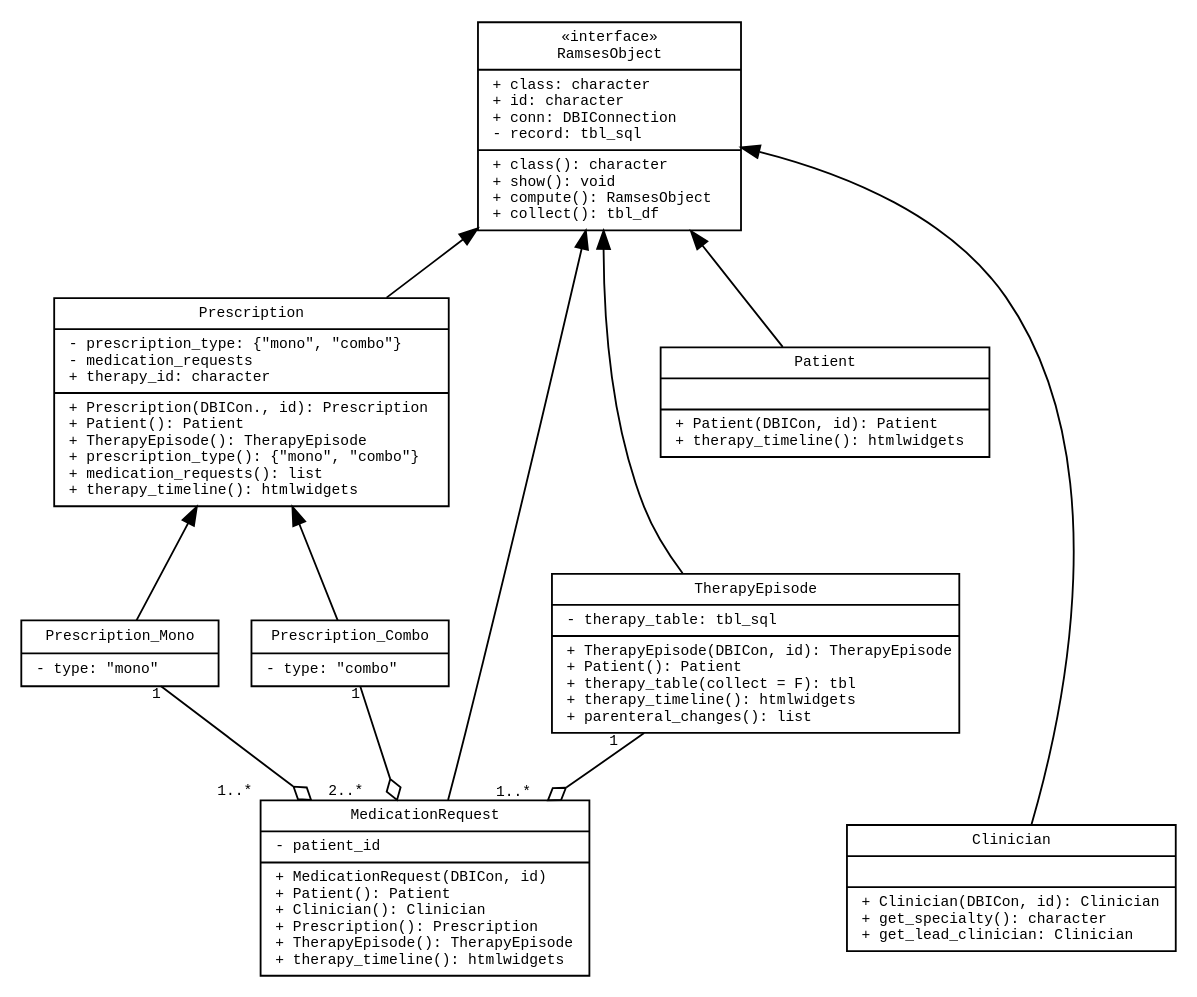
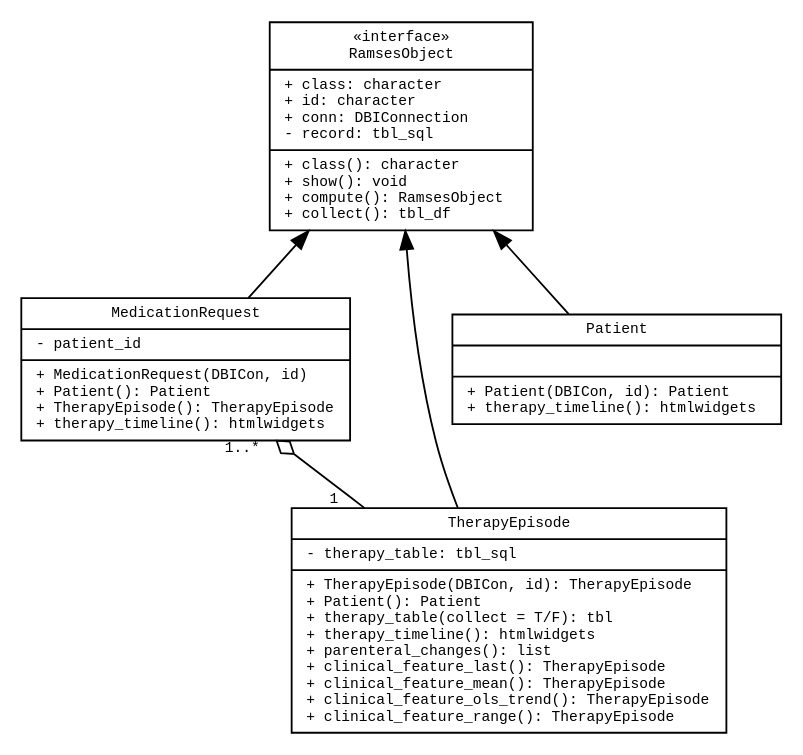
Before and after one commit to ramses-antibiotics/ramses-package: the diagram in vignettes/ramses-objects/ramses-med-class-diagram.gv, drawn with Graphviz. The commit also changed 6 other files, not shown here.

```diff
--- a/vignettes/ramses-objects/ramses-med-class-diagram.gv
+++ b/vignettes/ramses-objects/ramses-med-class-diagram.gv
@@ -1,152 +1,160 @@
 digraph G {
   
 
   node [
           fontname = "monospace"
           shape = "record"
           width = 1.5
           fontsize = 8
   ]
 
   edge [
           fontname = "monospace"
           fontsize = 8
   ]
 
 # arrowheads
 # Association open
 # Inheritance empty
 # Realisation/implementation empty + style=dashed
 # Dependency open + style=dashed
 # Aggregation odiamond
 # Composition diamond
 
 
 # Interface
 RamsesObject [
   width = 2
   label = "{«interface»\n
   RamsesObject|
   + class: character\l
   + id: character\l
   + conn: DBIConnection\l
   - record: tbl_sql\l|
   
   + class(): character\l
   + show(): void\l
   + compute(): RamsesObject\l
   + collect(): tbl_df\l}"
 ]
 
+/*
 Prescription [
   width = 3
   label = "{Prescription|
   - prescription_type: \{\"mono\", \"combo\"\}\l
   - medication_requests\l
   + therapy_id: character\l|
   
   + Prescription(DBICon., id): Prescription\l
   + Patient(): Patient\l
   + TherapyEpisode(): TherapyEpisode\l
   + prescription_type(): \{\"mono\", \"combo\"\}\l
   + medication_requests(): list\l
   + therapy_timeline(): htmlwidgets\l}"
 ]
 
 Prescription_Mono [
   label = "{Prescription_Mono|
   - type: \"mono\"\l
   }"
 ]
 
 Prescription_Combo [
   label = "{Prescription_Combo|
   - type: \"combo\"\l
   }"
 ]
+*/
 
 MedicationRequest [
   width = 2.5
   label = "{MedicationRequest|
   - patient_id\l|
   
   + MedicationRequest(DBICon, id)\l
   + Patient(): Patient\l
-  + Clinician(): Clinician\l
-  + Prescription(): Prescription\l
   + TherapyEpisode(): TherapyEpisode\l
   + therapy_timeline(): htmlwidgets\l}"
+  
+  # + Clinician(): Clinician\l
+  #  + Prescription(): Prescription\l
 ]
 
 TherapyEpisode [
-  width = 3.1
+  width = 3.3
   label = "{TherapyEpisode|
   - therapy_table: tbl_sql\l|
   
   + TherapyEpisode(DBICon, id): TherapyEpisode\l
   + Patient(): Patient\l
-  + therapy_table(collect = F): tbl\l
+  + therapy_table(collect = T/F): tbl\l
   + therapy_timeline(): htmlwidgets\l
-  + parenteral_changes(): list\l}"
+  + parenteral_changes(): list\l
+  + clinical_feature_last(): TherapyEpisode\l
+  + clinical_feature_mean(): TherapyEpisode\l
+  + clinical_feature_ols_trend(): TherapyEpisode\l
+  + clinical_feature_range(): TherapyEpisode\l}"
 #  + medication_request(): list\l}"
 ]
 
 Patient [
   width = 2.5
   label = "{Patient|
   \l|
   + Patient(DBICon, id): Patient\l
   + therapy_timeline(): htmlwidgets\l}"
 ]
 
+/*
 Clinician [
   width = 2.5
   label = "{Clinician|
   \l|
   + Clinician(DBICon, id): Clinician\l
   + get_specialty(): character\l
   + get_lead_clinician: Clinician\l}"
-]
+]*/
 
 /*
 TherapyList [
 label = "{TherapyList|\l+ id: list\l+ type: \"therapy-list\"\l- TherapyTable: tbl\l+ lazy_status: boolean\l|+ fetch(): data.frame\l + therapy_table(): list\l}"
 ]
 */
 
 
-RamsesObject -> Prescription [dir=back]
+/*RamsesObject -> Prescription [dir=back]
 Prescription -> Prescription_Mono [dir=back]
-Prescription -> Prescription_Combo [dir=back]
+Prescription -> Prescription_Combo [dir=back]*/
 RamsesObject -> MedicationRequest [dir=back]
 
 RamsesObject -> Patient [dir=back]
-RamsesObject -> Clinician [dir=back]
+/*RamsesObject -> Clinician [dir=back]*/
 RamsesObject -> TherapyEpisode [dir=back]
 
 TherapyEpisode -> MedicationRequest [ constraint=false
   arrowhead=odiamond
   headlabel = "1..*  "
   taillabel = "1   "]
-Prescription_Mono -> MedicationRequest [ constraint=false
+/*Prescription_Mono -> MedicationRequest [ constraint=false
   arrowhead=odiamond
   headlabel = "1..*       "
   taillabel = "1"]
 Prescription_Combo -> MedicationRequest [
   arrowhead=odiamond
   headlabel = "2..*    "
-  taillabel = "1"]
+  taillabel = "1"]*/
 
 
-Patient -> Clinician [ style = invis ]; 
-TherapyEpisode -> Clinician  [ style = invis ]; 
+/*Patient -> Clinician [ style = invis ]; 
+TherapyEpisode -> Clinician  [ style = invis ]; */
 Patient -> TherapyEpisode  [ style = invis ]; 
 
 
 /*
 TherapyEpisode -> TherapyList [constraint=false
   arrowtail=odiamond
   headlabel = "2..*  "
   taillabel = "0..*  "]
 */  
 }
```
